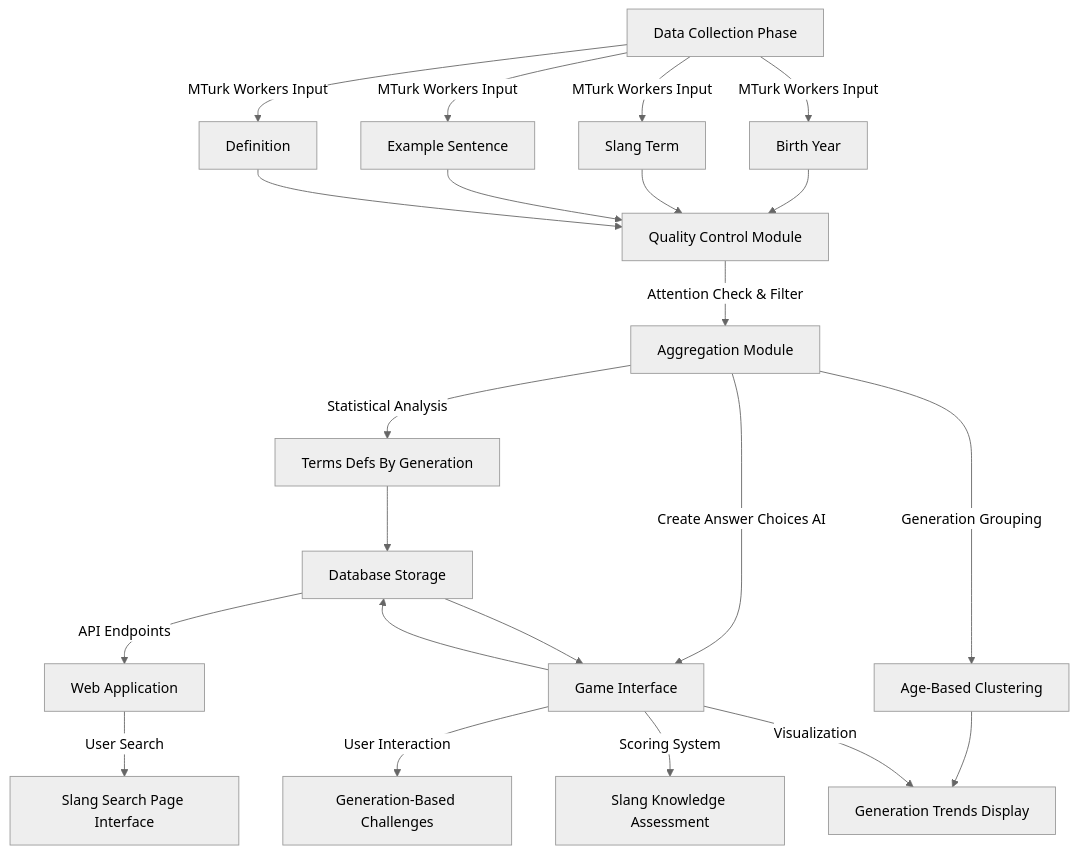
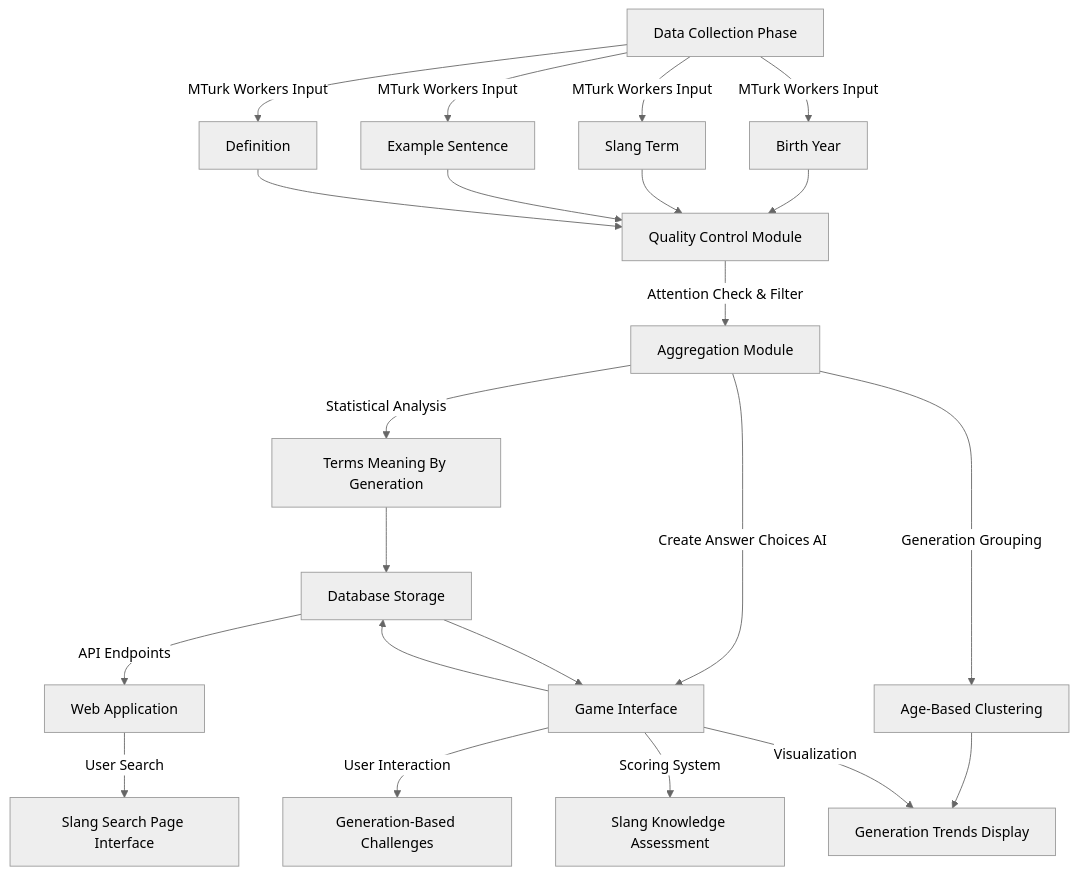
Before and after one commit to qareeb19/nets-2130: the diagram in flowchat2.md, drawn with Mermaid (neutral theme).

````diff
--- a/flowchat2.md
+++ b/flowchat2.md
@@ -1,32 +1,32 @@
 ```mermaid
 flowchart TD
     A[Data Collection Phase] --> |MTurk Workers Input| A1[Birth Year]
     A --> |MTurk Workers Input| A2[Slang Term]
     A --> |MTurk Workers Input| A3[Example Sentence]
     A --> |MTurk Workers Input| A4[Definition]
 
     A1 --> B[Quality Control Module]
     A2 --> B
     A3 --> B
     A4 --> B
 
     B --> |Attention Check & Filter| C[Aggregation Module]
 
-    C --> |Statistical Analysis| C2[Terms Defs By Generation]
+    C --> |Statistical Analysis| C2[Terms Meaning By Generation]
     C --> |Generation Grouping| C3[Age-Based Clustering]
 
 
 
     C2 --> E
     C3 --> D3
 
     C --> |Create Answer Choices AI| D[Game Interface]
     D --> |User Interaction| D1[Generation-Based Challenges]
     D --> |Scoring System| D2[Slang Knowledge Assessment]
     D --> |Visualization| D3[Generation Trends Display]
 
     D --> E[Database Storage]
     E --> D
     E --> |API Endpoints| F[Web Application]
     F --> |User Search| G[Slang Search Page Interface]
 ```
````
